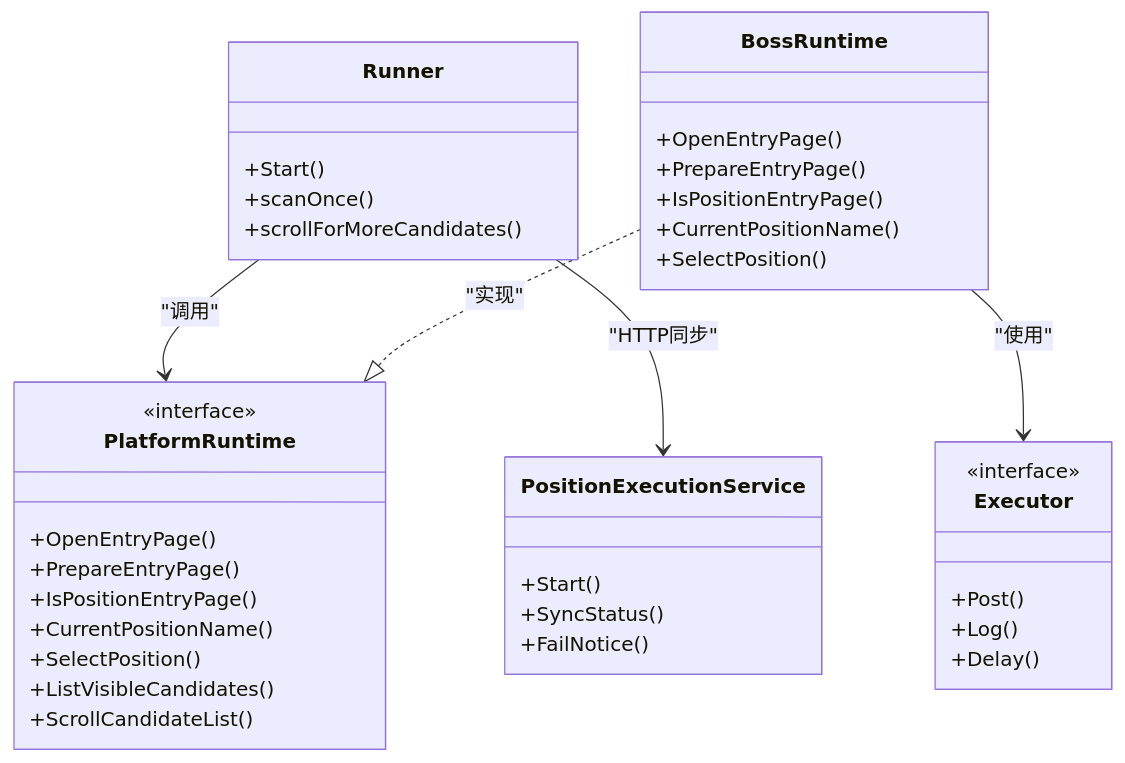
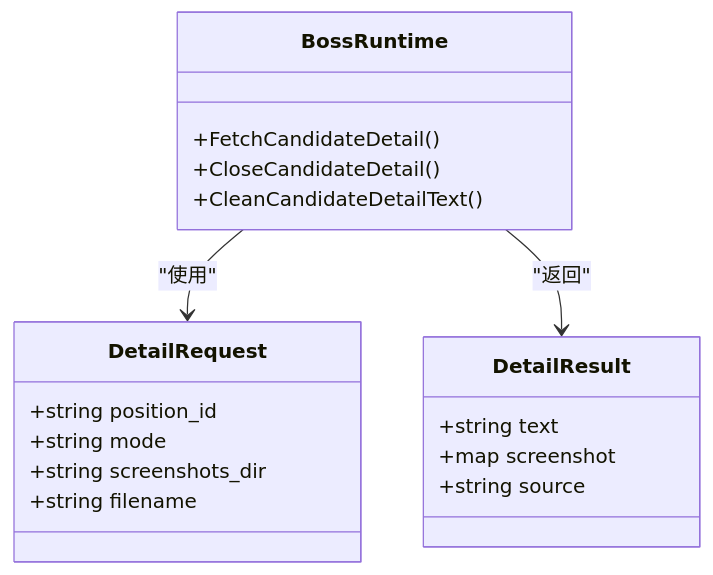
One commit to alvinwangzi/goodhr changed the fifth of 8 diagrams in .qoder/repowiki/zh/content/本地执行器/平台适配器/Boss直聘适配器/岗位搜索与管理.md. Above: the diagram before and after it, drawn with Mermaid. The commit also changed other lines of this file and 149 other files, not shown here.

````diff
--- a/.qoder/repowiki/zh/content/本地执行器/平台适配器/Boss直聘适配器/岗位搜索与管理.md
+++ b/.qoder/repowiki/zh/content/本地执行器/平台适配器/Boss直聘适配器/岗位搜索与管理.md
@@ -207,40 +178,21 @@
 ```mermaid
 classDiagram
-class Runner {
-+Start()
-+scanOnce()
-+scrollForMoreCandidates()
+class DetailRequest {
++string position_id
++string mode
++string screenshots_dir
++string filename
 }
-class PlatformRuntime {
-<<interface>>
-+OpenEntryPage()
-+PrepareEntryPage()
-+IsPositionEntryPage()
-+CurrentPositionName()
-+SelectPosition()
-+ListVisibleCandidates()
-+ScrollCandidateList()
+class DetailResult {
++string text
++map screenshot
++string source
 }
 class BossRuntime {
-+OpenEntryPage()
-+PrepareEntryPage()
-+IsPositionEntryPage()
-+CurrentPositionName()
-+SelectPosition()
++FetchCandidateDetail()
++CloseCandidateDetail()
++CleanCandidateDetailText()
 }
-class Executor {
-<<interface>>
-+Post()
-+Log()
-+Delay()
-}
-class PositionExecutionService {
-+Start()
-+SyncStatus()
-+FailNotice()
-}
-Runner --> PlatformRuntime : "调用"
-BossRuntime ..|> PlatformRuntime : "实现"
-BossRuntime --> Executor : "使用"
-Runner --> PositionExecutionService : "HTTP同步"
+BossRuntime --> DetailRequest : "使用"
+BossRuntime --> DetailResult : "返回"
 ```
````
